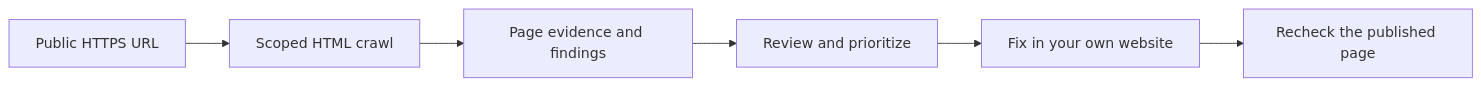
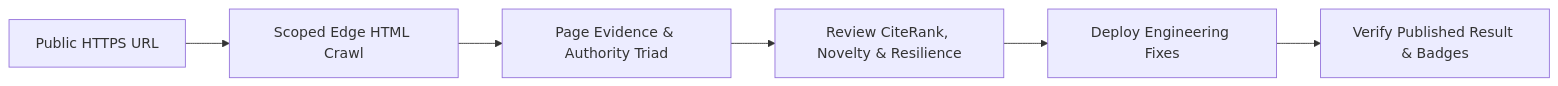
Before and after one commit to justokaywith/Sonar: the second of 2 diagrams in README.md, drawn with Mermaid. The commit also changed other lines of this file and 2 other files, not shown here.

Commit message:
docs: modernize Sonar public repository with Authority Triad, GEO, and GitHub SEO optimization

```diff
--- a/README.md
+++ b/README.md
@@ -89,8 +164,8 @@
 ~~~mermaid
 flowchart LR
-    U["Public HTTPS URL"] --> C["Scoped HTML crawl"]
-    C --> E["Page evidence and findings"]
-    E --> R["Review and prioritize"]
-    R --> F["Fix in your own website"]
-    F --> V["Recheck the published page"]
+    U["Public HTTPS URL"] --> C["Scoped Edge HTML Crawl"]
+    C --> E["Page Evidence & Authority Triad"]
+    E --> R["Review CiteRank, Novelty & Resilience"]
+    R --> F["Deploy Engineering Fixes"]
+    F --> V["Verify Published Result & Badges"]
 ~~~
```
